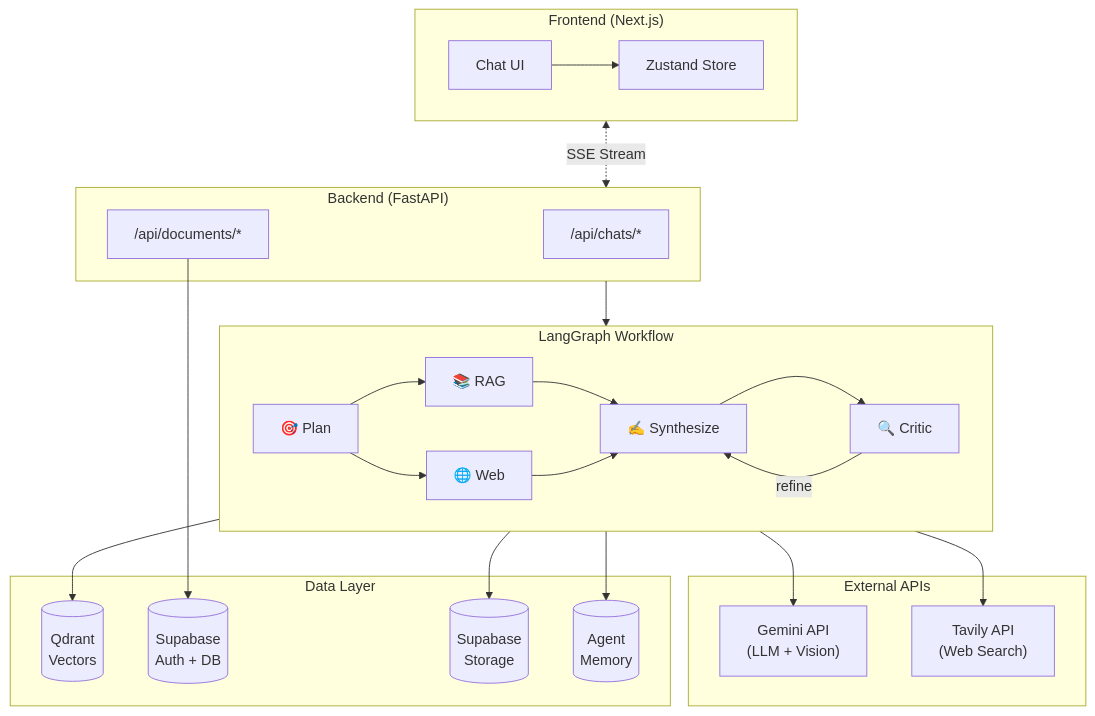
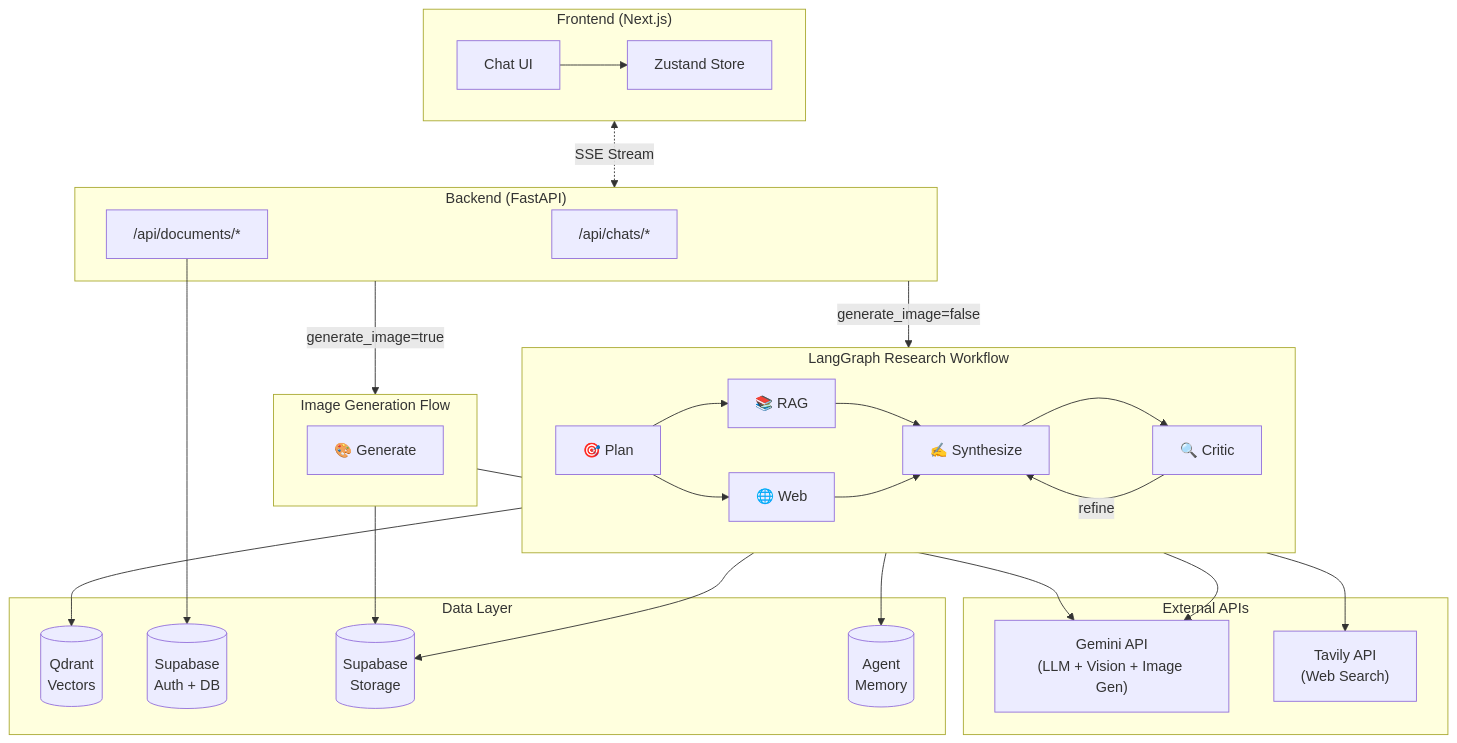
Before and after one commit to thornxyz/revera: the diagram in README.md, drawn with Mermaid. The commit also changed other lines of this file and 10 other files, not shown here.

Commit message:
add image gen, improve ui

````diff
--- a/README.md
+++ b/README.md
@@ -7,43 +7,51 @@
 ```mermaid
 flowchart TB
     subgraph Client["Frontend (Next.js)"]
         UI["Chat UI"] --> Store["Zustand Store"]
     end
     
     subgraph Server["Backend (FastAPI)"]
         ChatsAPI["/api/chats/*"]
         DocsAPI["/api/documents/*"]
     end
     
-    subgraph Agents["LangGraph Workflow"]
+    subgraph ResearchFlow["LangGraph Research Workflow"]
         direction LR
         Plan["🎯 Plan"] --> Retrieve["📚 RAG"]
         Plan --> Web["🌐 Web"]
         Retrieve --> Synth["✍️ Synthesize"]
         Web --> Synth
         Synth --> Critic["🔍 Critic"]
         Critic -->|refine| Synth
     end
     
+    subgraph ImageFlow["Image Generation Flow"]
+        direction LR
+        GenImg["🎨 Generate"]
+    end
+    
     subgraph External["External APIs"]
-        Gemini["Gemini API<br/>(LLM + Vision)"]
+        Gemini["Gemini API<br/>(LLM + Vision + Image Gen)"]
         Tavily["Tavily API<br/>(Web Search)"]
     end
     
     subgraph Storage["Data Layer"]
         Qdrant[("Qdrant<br/>Vectors")]
         Supabase[("Supabase<br/>Auth + DB")]
         SupaStorage[("Supabase<br/>Storage")]
         Memory[("Agent<br/>Memory")]
     end
     
     Client <-.->|SSE Stream| Server
-    Server --> Agents
+    Server -->|generate_image=false| ResearchFlow
+    Server -->|generate_image=true| ImageFlow
     
-    Agents --> Gemini
+    ResearchFlow --> Gemini
+    ImageFlow --> Gemini
     Web --> Tavily
     Retrieve --> Qdrant
     Synth --> SupaStorage
-    Agents --> Memory
+    GenImg --> SupaStorage
+    ResearchFlow --> Memory
     DocsAPI --> Supabase
 ```
````
